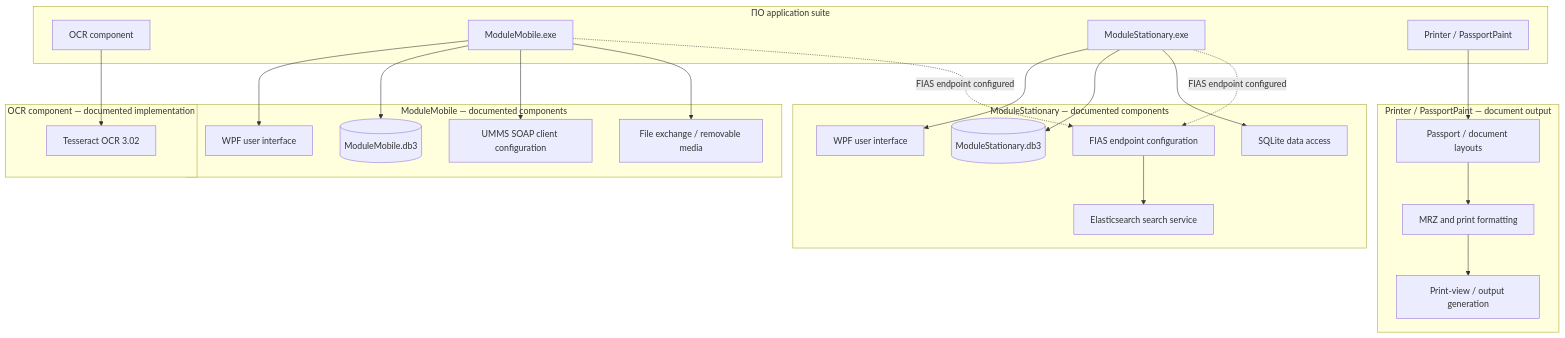
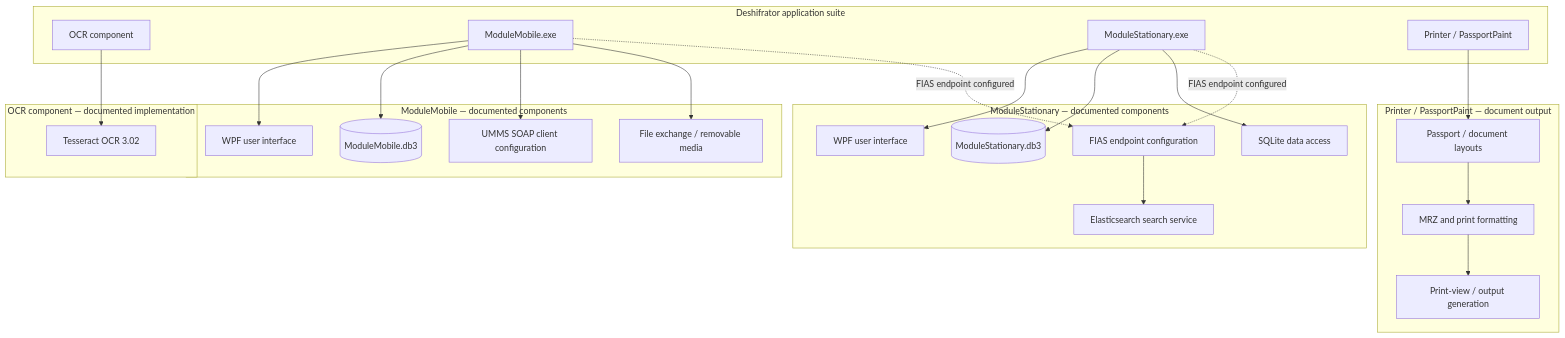
One commit to ekatmoz88-alt/territory-descriptor-unified changed the eighth of 10 diagrams in materials/architecture/README.md. Above: the diagram before and after it, drawn with Mermaid. The commit also changed other lines of this file, not shown here.

Commit message:
Align canonical architecture with project boundaries

````diff
--- a/materials/architecture/README.md
+++ b/materials/architecture/README.md
@@ -216,43 +216,43 @@
 ```mermaid
 flowchart TB
-  subgraph SUITE["ПО application suite"]
+  subgraph SUITE["Deshifrator application suite"]
     OCRAPP["OCR component"]
     MOBILE["ModuleMobile.exe"]
     STATIONARY["ModuleStationary.exe"]
     PRINT["Printer / PassportPaint"]
   end
   subgraph OCRPARTS["OCR component — documented implementation"]
     OCR["Tesseract OCR 3.02"]
   end
   subgraph MOBILEPARTS["ModuleMobile — documented components"]
     MUI["WPF user interface"]
     MOBDB[("ModuleMobile.db3")]
     SOAP["UMMS SOAP client configuration"]
     FILEOUT["File exchange / removable media"]
   end
   subgraph STPARTS["ModuleStationary — documented components"]
     SUI["WPF user interface"]
     STDB[("ModuleStationary.db3")]
     SQLITE["SQLite data access"]
     FIAS["FIAS endpoint configuration"]
     ELASTIC["Elasticsearch search service"]
   end
   subgraph PRINTPARTS["Printer / PassportPaint — document output"]
     LAYOUT["Passport / document layouts"]
     MRZ["MRZ and print formatting"]
     OUTPUT["Print-view / output generation"]
   end
   OCRAPP --> OCR
   MOBILE --> MUI
   MOBILE --> MOBDB
   MOBILE --> SOAP
   MOBILE --> FILEOUT
   STATIONARY --> SUI
   STATIONARY --> STDB
   STATIONARY --> SQLITE
   MOBILE -.->|FIAS endpoint configured| FIAS
   STATIONARY -.->|FIAS endpoint configured| FIAS
   FIAS --> ELASTIC
   PRINT --> LAYOUT
   LAYOUT --> MRZ --> OUTPUT
 ```
````
